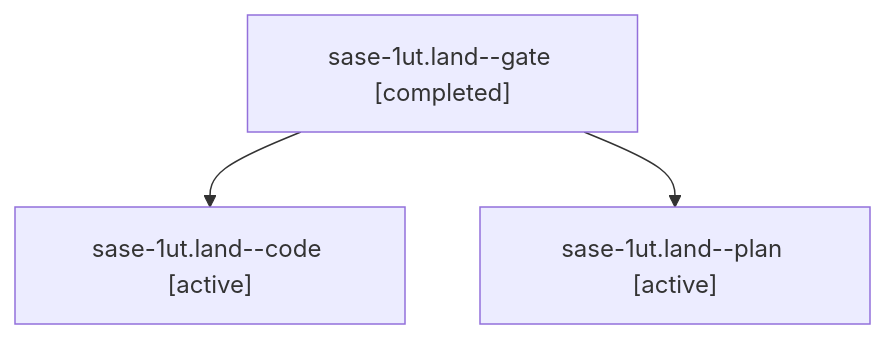
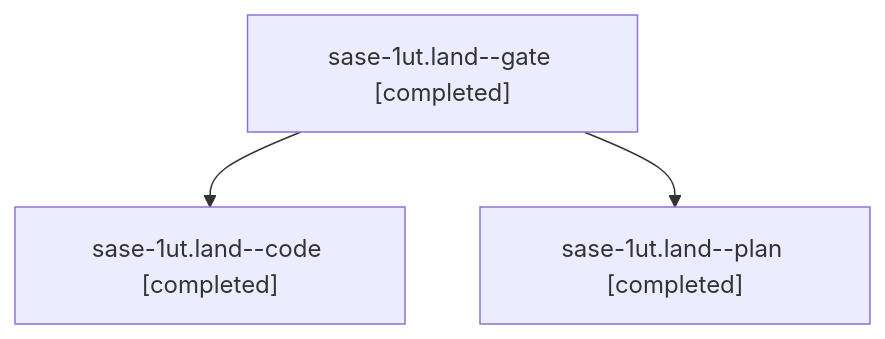
The diagram in sessions/bbugyi200.athena.sase-1ut.land.md (sase-org/sase--agents), drawn with Mermaid before and after one commit. The commit also changed other lines of this file and 14 other files, not shown here.

````diff
--- a/sessions/bbugyi200.athena.sase-1ut.land.md
+++ b/sessions/bbugyi200.athena.sase-1ut.land.md
@@ -9,8 +9,8 @@
 ```mermaid
 flowchart TD
   n0["sase-1ut.land--gate [completed]"]
-  n1["sase-1ut.land--code [active]"]
+  n1["sase-1ut.land--code [completed]"]
   n0 --> n1
-  n2["sase-1ut.land--plan [active]"]
+  n2["sase-1ut.land--plan [completed]"]
   n0 --> n2
 ```
````
